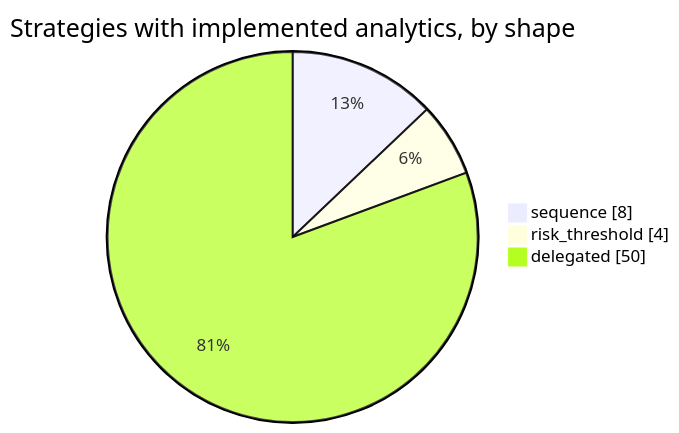
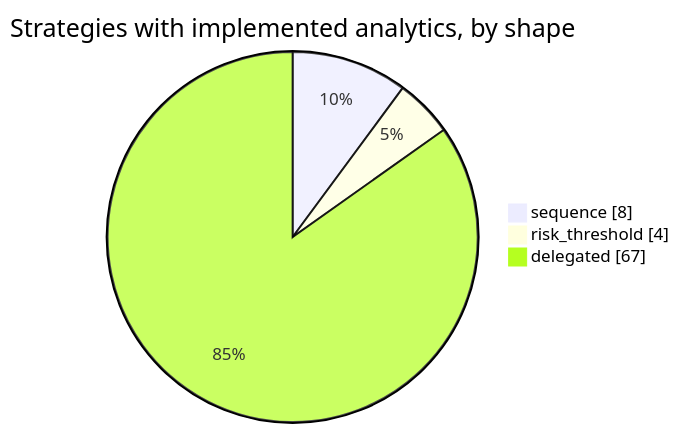
The second of 2 diagrams in docs/strategies/README.md (dev-nobytes-io/mitre-defensive-mappings-spl), drawn with Mermaid before and after one commit. The commit also changed other lines of this file and 62 other files, not shown here.

````diff
--- a/docs/strategies/README.md
+++ b/docs/strategies/README.md
@@ -19,7 +19,7 @@
 ```mermaid
 pie showData
     title Strategies with implemented analytics, by shape
     "sequence" : 8
     "risk_threshold" : 4
-    "delegated" : 50
+    "delegated" : 67
 ```
````
